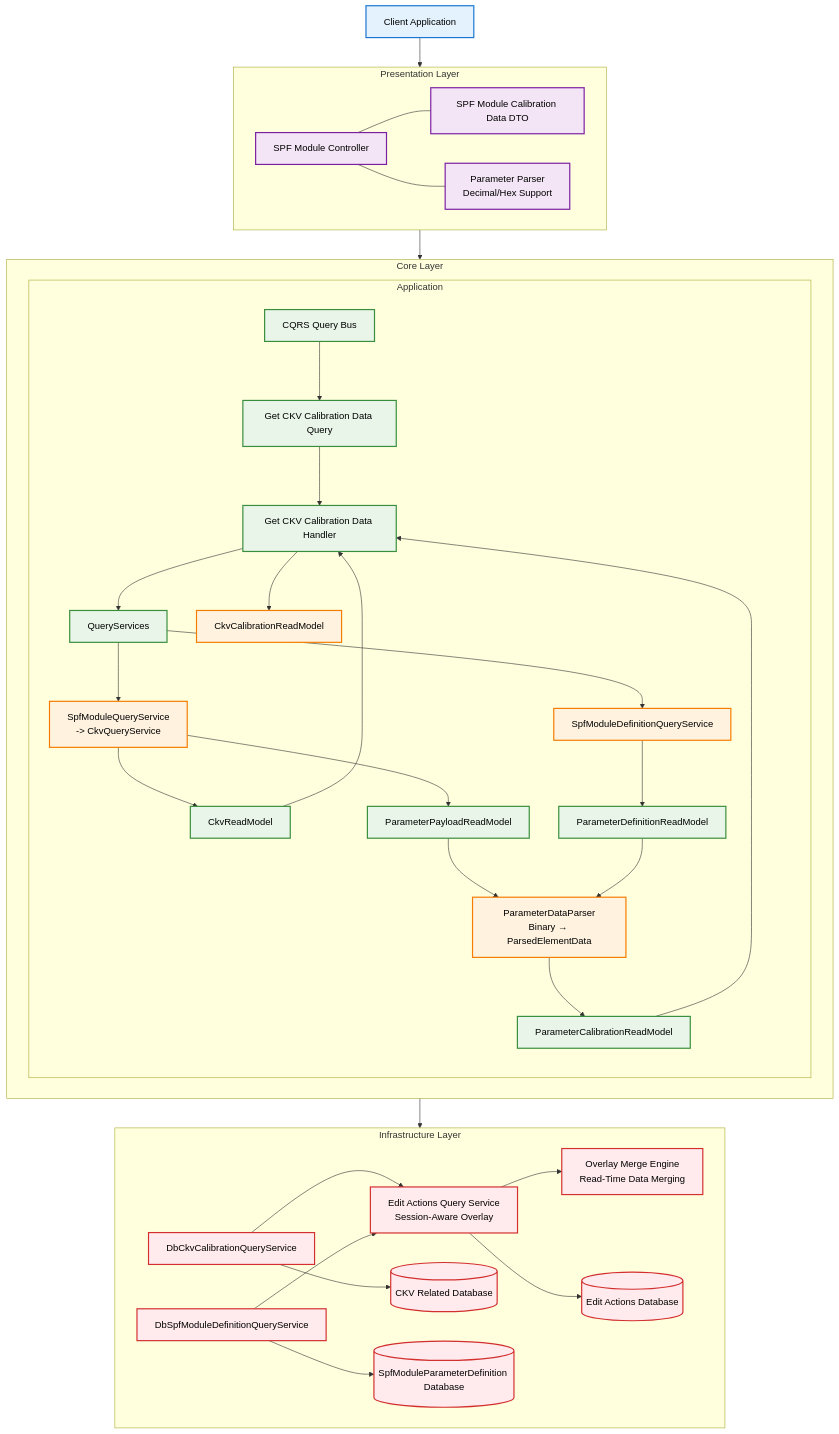
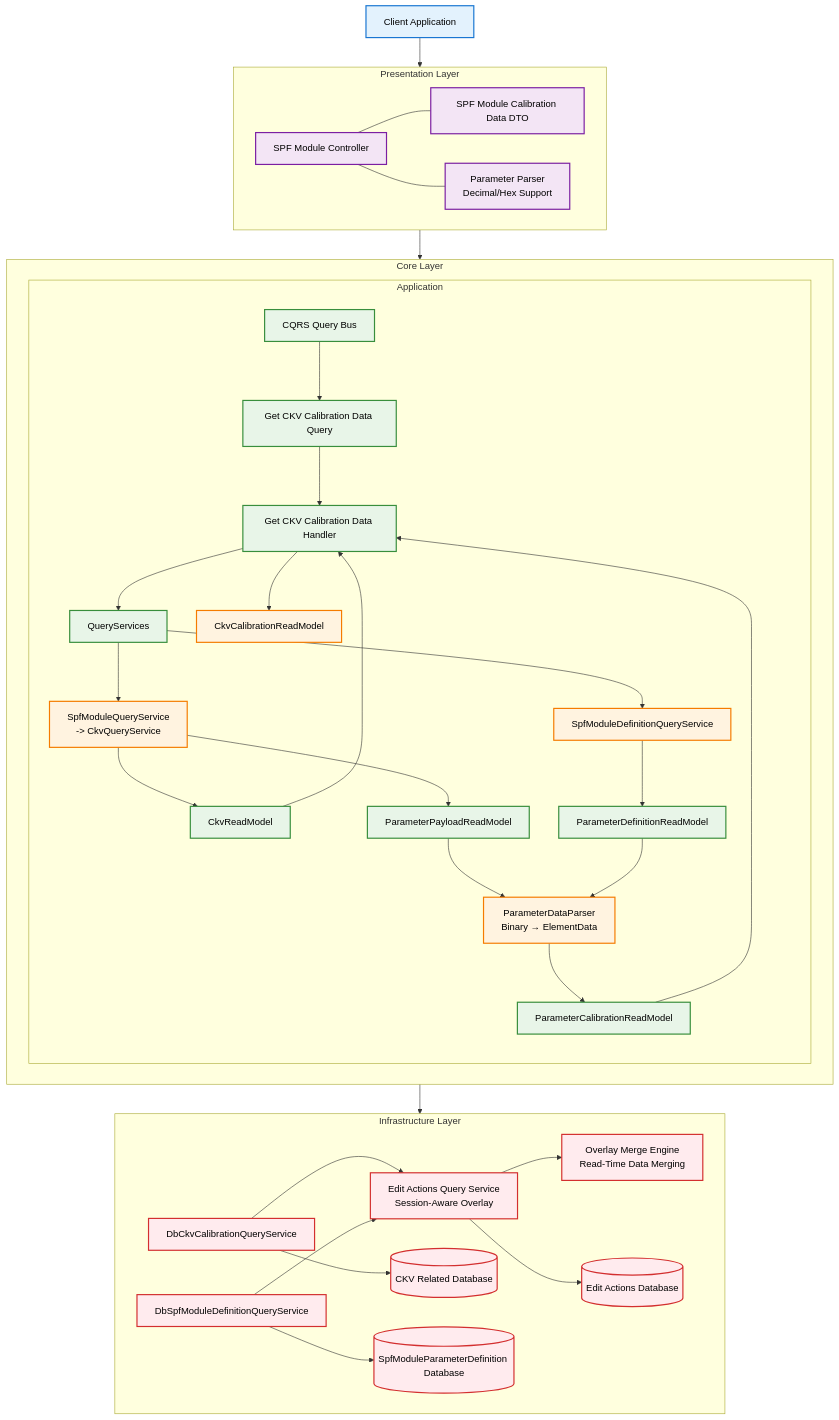
One commit to AudioReach/audioreach-creator-backend changed the first of 3 diagrams in docs/spf-module-get-ckv-calibration-design.md. Above: the diagram before and after it, drawn with Mermaid. The commit also changed other lines of this file and 45 other files, not shown here.

```diff
--- a/docs/spf-module-get-ckv-calibration-design.md
+++ b/docs/spf-module-get-ckv-calibration-design.md
@@ -66,7 +66,7 @@
             CkvReadModel[CkvReadModel]
             ParamCalReadModel[ParameterPayloadReadModel]
             ParamDefReadModel[ParameterDefinitionReadModel]
-            ParameterDataParser[ParameterDataParser<br/>Binary → ParsedElementData]
+            ParameterDataParser[ParameterDataParser<br/>Binary → ElementData]
             ParamCalDataModel[ParameterCalibrationReadModel]
             CkvCalModel[CkvCalibrationReadModel]
 
```
